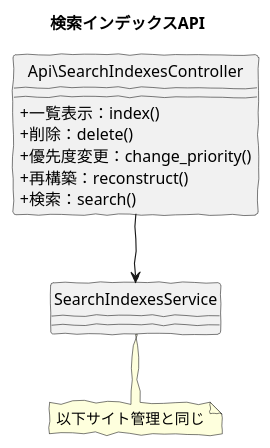
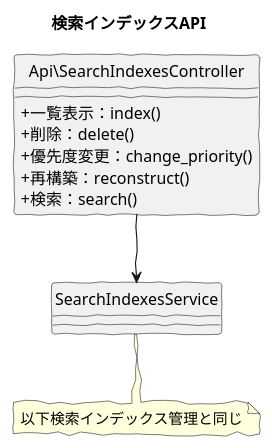
The diagram in src/puml/5/ucmitz/svg/class/bc-search-index/api_search_indexes.puml (baserproject/baserproject.github.io), drawn with PlantUML before and after one commit. The commit also changed 11 other files, not shown here.

```diff
--- a/src/puml/5/ucmitz/svg/class/bc-search-index/api_search_indexes.puml
+++ b/src/puml/5/ucmitz/svg/class/bc-search-index/api_search_indexes.puml
@@ -1,26 +1,26 @@
 @startuml
 skinparam handwritten true
 skinparam backgroundColor white
 hide circle
 skinparam classAttributeIconSize 0
 
 title 検索インデックスAPI
 
 class Api\SearchIndexesController { 
 	+ 一覧表示：index()
 	+ 削除：delete()
 	+ 優先度変更：change_priority()
 	+ 再構築：reconstruct()
 	+ 検索：search()
 }
 
 class SearchIndexesService {
 }
 
 
 Api\SearchIndexesController -down-> SearchIndexesService
 
-note "以下サイト管理と同じ" as note
+note "以下検索インデックス管理と同じ" as note
 SearchIndexesService .. note
 
 @enduml
```
